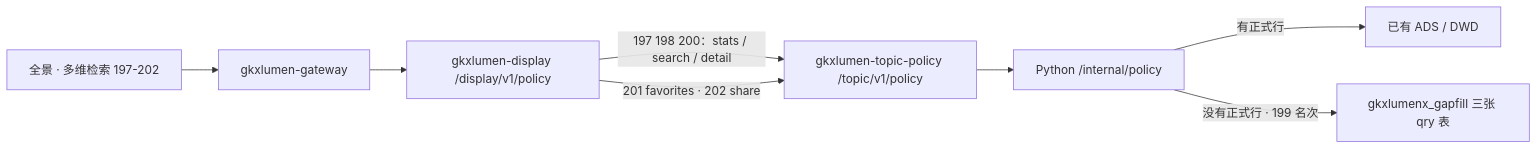
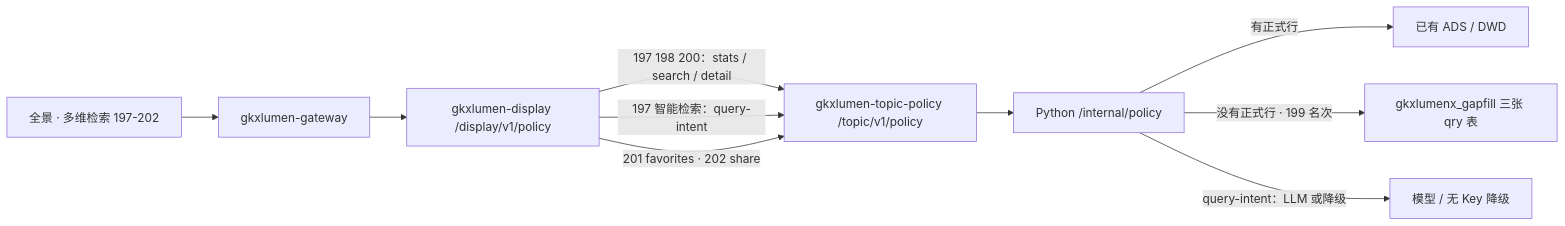
The diagram in agent-delivery/agent-handoffs/科技政策跟踪-POL/sdd/l2/POL-L2-DS10-QRY-ARCH.md (Marisolebxf/-), drawn with Mermaid before and after one commit. The commit also changed other lines of this file and 8 other files, not shown here.

First line of the commit message:
docs(policy): QRY 智能检索 query-intent 契约补齐 [agent:frontend-agent]

````diff
--- a/agent-delivery/agent-handoffs/科技政策跟踪-POL/sdd/l2/POL-L2-DS10-QRY-ARCH.md
+++ b/agent-delivery/agent-handoffs/科技政策跟踪-POL/sdd/l2/POL-L2-DS10-QRY-ARCH.md
@@ -58,14 +60,16 @@
 ```mermaid
 flowchart LR
   fe["全景 · 多维检索 197-202"]
   gw["gkxlumen-gateway"]
   bff["gkxlumen-display /display/v1/policy"]
   tp["gkxlumen-topic-policy /topic/v1/policy"]
   py["Python /internal/policy"]
   gap["gkxlumenx_gapfill 三张 qry 表"]
   fe --> gw --> bff
   bff -->|"197 198 200：stats / search / detail"| tp --> py
+  bff -->|"197 智能检索：query-intent"| tp
   py -->|"有正式行"| ads["已有 ADS / DWD"]
   py -->|"没有正式行 · 199 名次"| gap
+  py -->|"query-intent：LLM 或降级"| llm["模型 / 无 Key 降级"]
   bff -->|"201 favorites · 202 share"| tp
 ```
````
